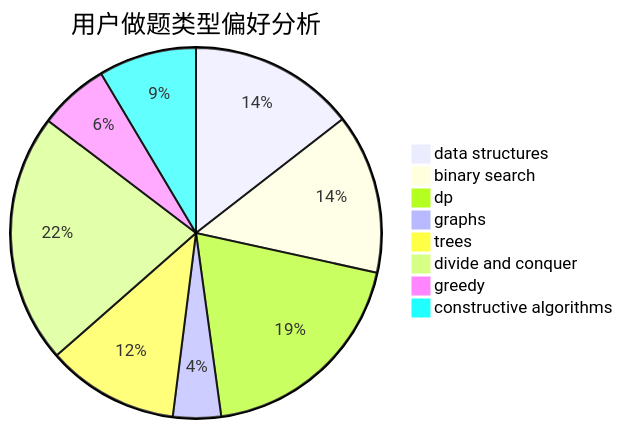
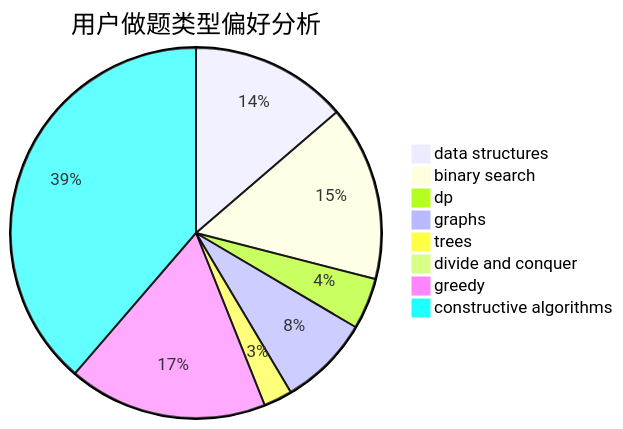
Before and after one commit to sherpahu/cfrs.github.io: the second of 3 diagrams in docs/user/u81.md, drawn with Mermaid. The commit also changed other lines of this file and 2770 other files, not shown here.

````diff
--- a/docs/user/u81.md
+++ b/docs/user/u81.md
@@ -23,11 +23,11 @@
 ```mermaid
 pie title 用户做题类型偏好分析
-    "data structures" :  83
-    "binary search" :  80
-    "dp" :  111
-    "graphs" :  24
-    "trees" :  66
-    "divide and conquer" :  125
-    "greedy" :  35
-    "constructive algorithms" :  49
+    "data structures" :  153
+    "binary search" :  171
+    "dp" :  50
+    "graphs" :  89
+    "trees" :  28
+    "divide and conquer" :  0
+    "greedy" :  194
+    "constructive algorithms" :  432
 ```
````
